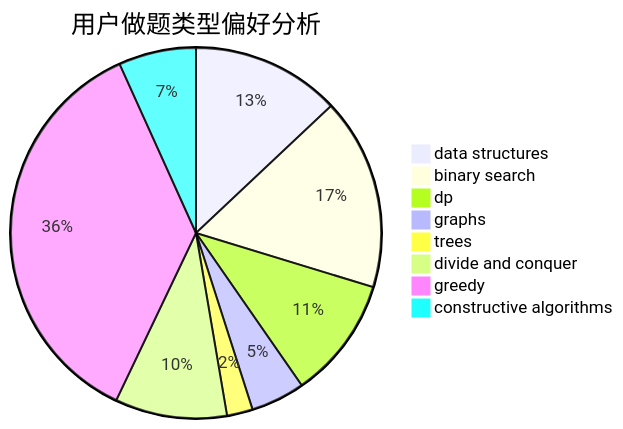
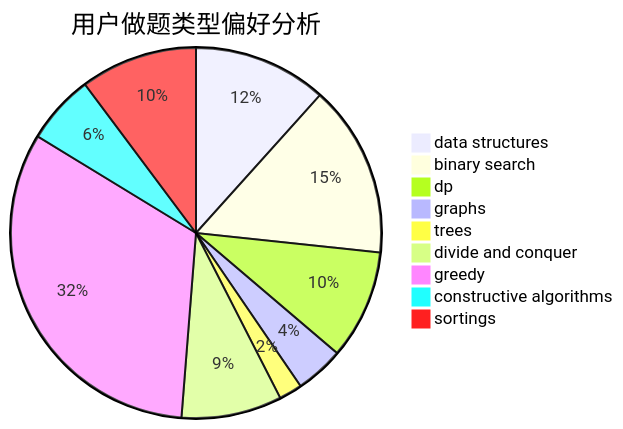
Before and after one commit to sherpahu/cfrs.github.io: the second of 3 diagrams in docs/user/u2669.md, drawn with Mermaid. The commit also changed other lines of this file and 2769 other files, not shown here.

````diff
--- a/docs/user/u2669.md
+++ b/docs/user/u2669.md
@@ -23,11 +18,12 @@
 ```mermaid
 pie title 用户做题类型偏好分析
     "data structures" :  121
     "binary search" :  156
     "dp" :  99
     "graphs" :  44
     "trees" :  21
     "divide and conquer" :  91
     "greedy" :  337
     "constructive algorithms" :  63
+    "sortings" :  106
 ```
````
